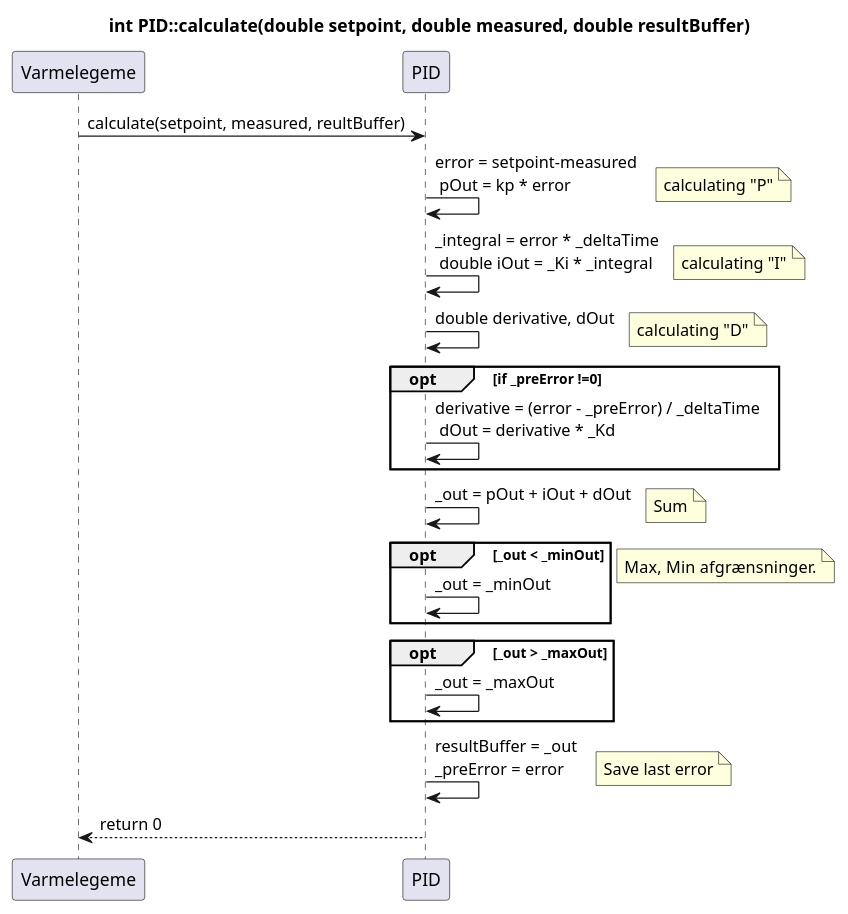
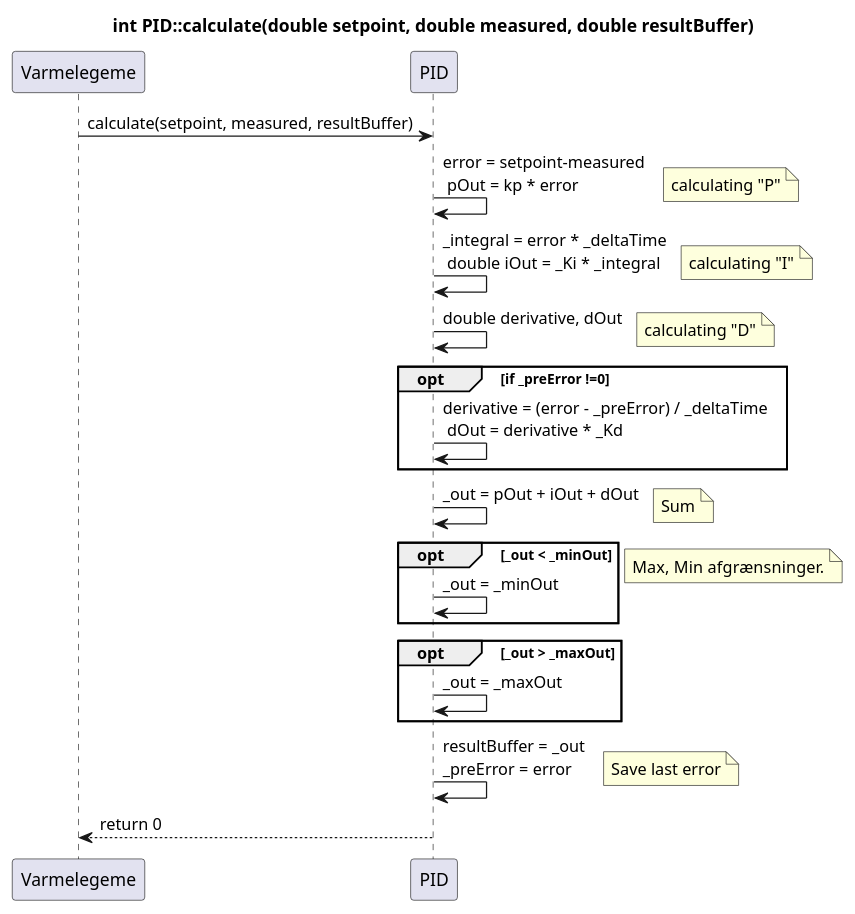
The diagram in Design/Akutuator enhed/Domnaemodel_AE/PID/PID_calculate.puml (Solvgraa-mager/E4PRJ4), drawn with PlantUML before and after one commit. The commit also changed 2 other files, not shown here.

```diff
--- a/Design/Akutuator enhed/Domnaemodel_AE/PID/PID_calculate.puml
+++ b/Design/Akutuator enhed/Domnaemodel_AE/PID/PID_calculate.puml
@@ -1,39 +1,39 @@
 @startuml PID_calculate
 title int PID::calculate(double setpoint, double measured, double resultBuffer)
 
 participant Varmelegeme
 participant PID
 
 
-Varmelegeme -> PID : calculate(setpoint, measured, reultBuffer)
+Varmelegeme -> PID : calculate(setpoint, measured, resultBuffer)
 PID -> PID : error = setpoint-measured \n pOut = kp * error
 note right : calculating "P"
 
 PID -> PID : _integral = error * _deltaTime\n double iOut = _Ki * _integral
 note right : calculating "I"
 
 
 PID -> PID : double derivative, dOut
 note right : calculating "D"
 
 opt if _preError !=0
     PID -> PID : derivative = (error - _preError) / _deltaTime \n dOut = derivative * _Kd
 end
 
 
 PID -> PID : _out = pOut + iOut + dOut
 note right : Sum
 
 opt _out < _minOut
     PID -> PID : _out = _minOut
 end
 note right : Max, Min afgrænsninger.
 opt _out > _maxOut
     PID -> PID : _out = _maxOut
 end
 
 PID -> PID : resultBuffer = _out \n_preError = error
 note right : Save last error
 PID --> Varmelegeme : return 0
 
 @enduml
```
